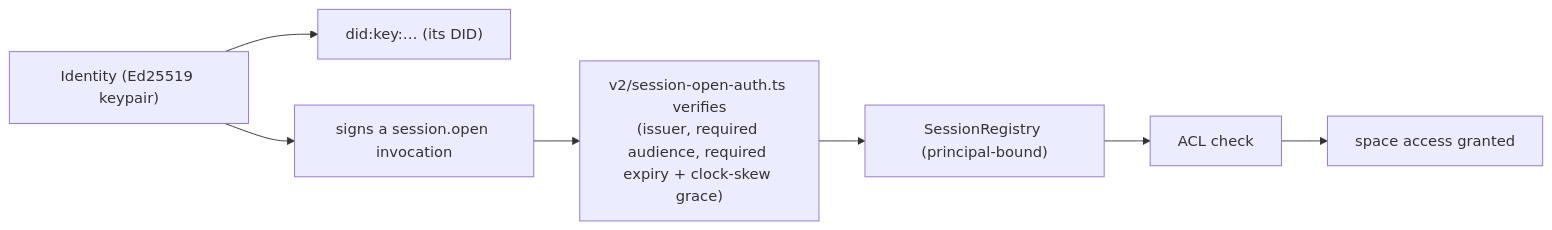
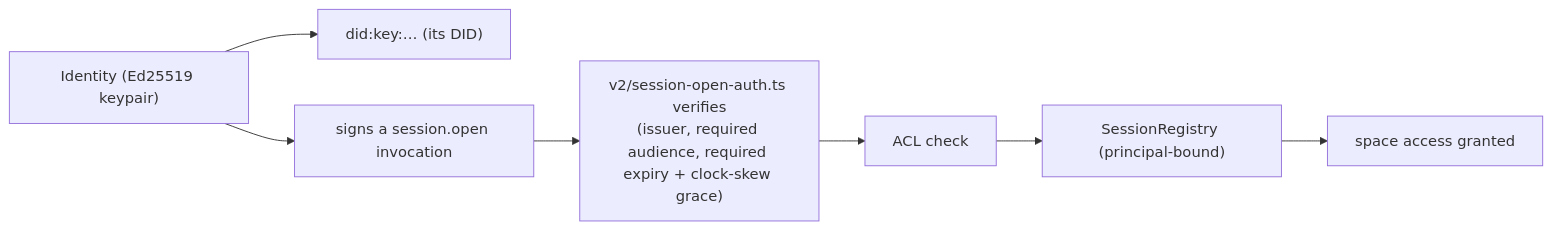
One commit to commontoolsinc/labs changed the fifth of 5 diagrams in docs/development/orientation/storage-substrate.md. Above: the diagram before and after it, drawn with Mermaid. The commit also changed other lines of this file and 7 other files, not shown here.

First line of the commit message:
docs(orientation): correct flow diagrams and interpretive claims

````diff
--- a/docs/development/orientation/storage-substrate.md
+++ b/docs/development/orientation/storage-substrate.md
@@ -207,13 +208,13 @@
 ```mermaid
 flowchart LR
     id["Identity (Ed25519 keypair)"]
     did["did:key:… (its DID)"]
     sign["signs a session.open invocation"]
     verify["v2/session-open-auth.ts verifies<br/>(issuer, required audience, required expiry + clock-skew grace)"]
     reg["SessionRegistry (principal-bound)"]
     acl["ACL check"]
     space["space access granted"]
 
     id --> did
-    id --> sign --> verify --> reg --> acl --> space
+    id --> sign --> verify --> acl --> reg --> space
 ```
````
